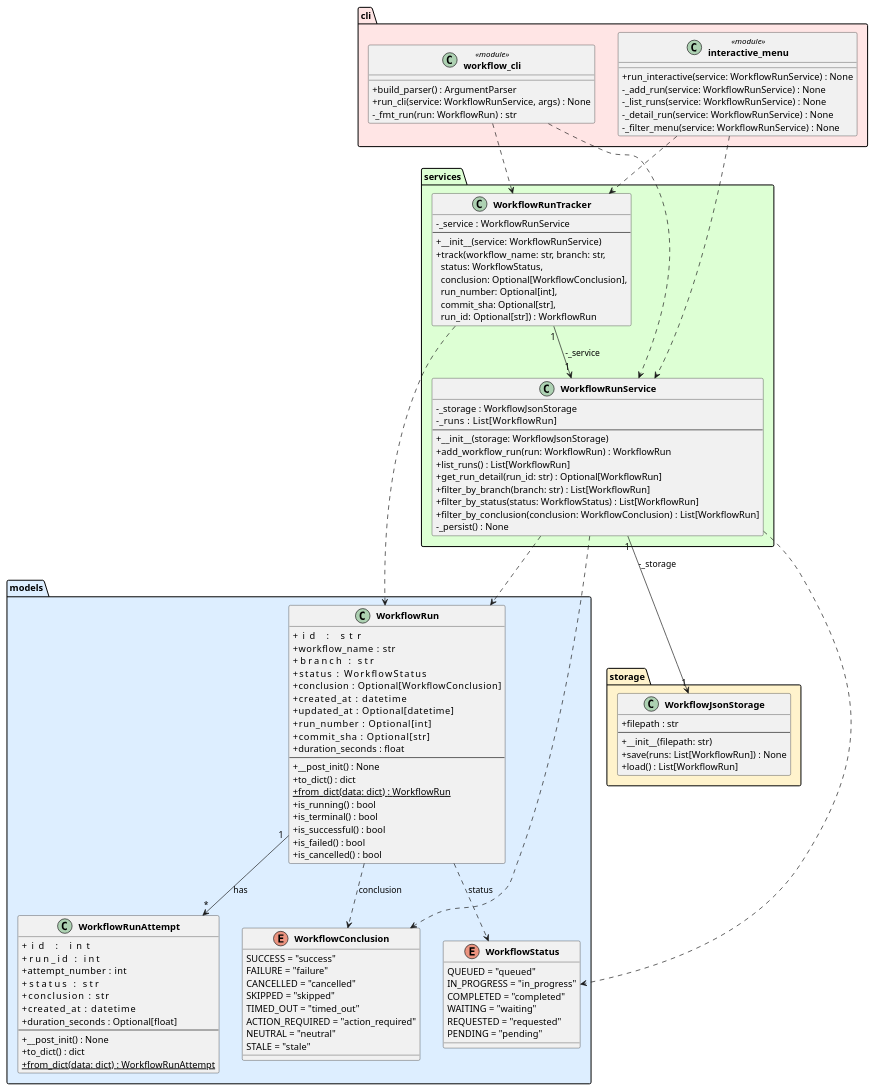
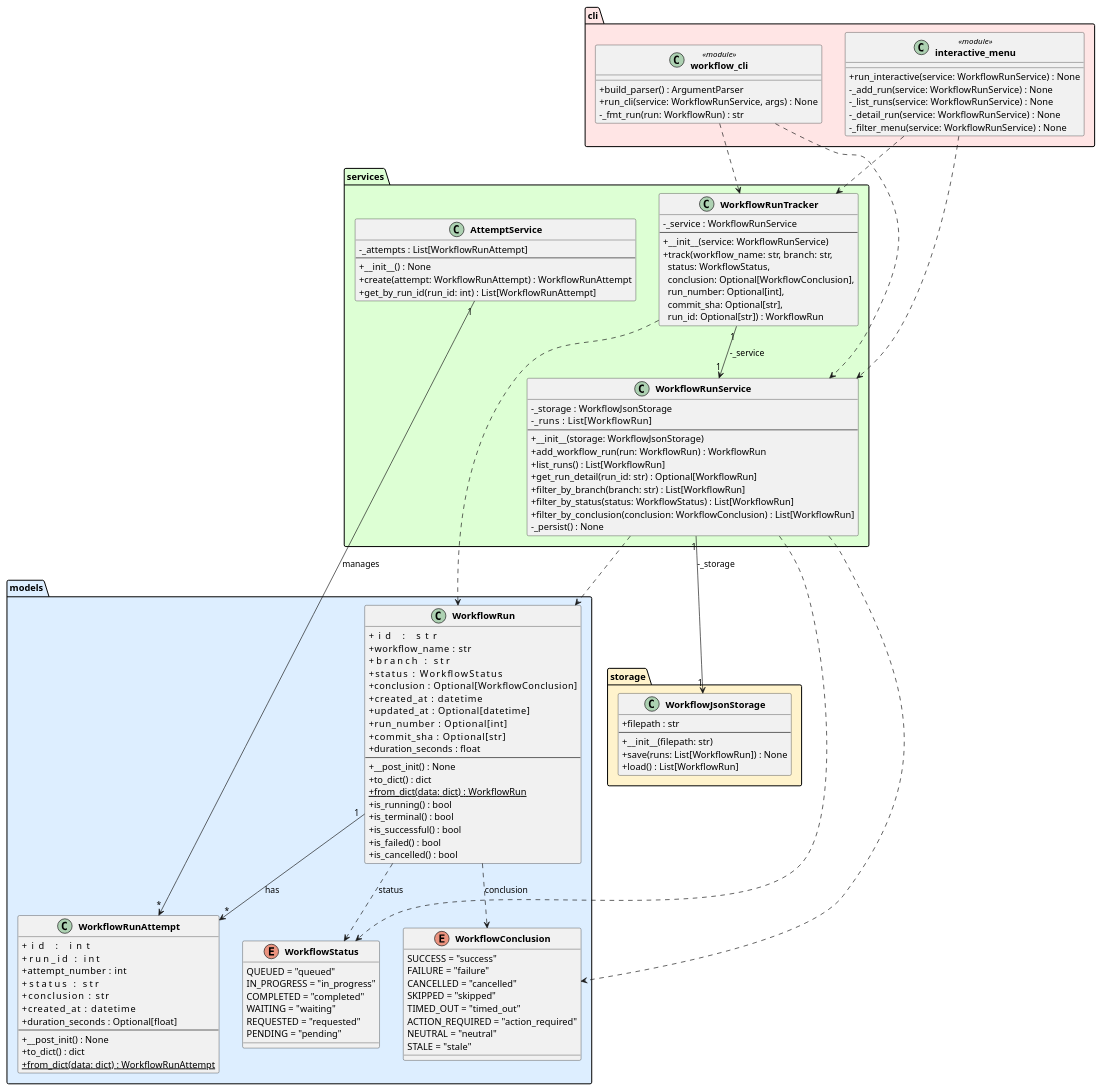
Before and after one commit to DanielRiha8906/Software_autoevolution_using_agents: the diagram in experiments/pipeline/test_driven/github-workflow-manager/artifacts/class_diagram.puml, drawn with PlantUML. The commit also changed 5 other files, not shown here.

```diff
--- a/experiments/pipeline/test_driven/github-workflow-manager/artifacts/class_diagram.puml
+++ b/experiments/pipeline/test_driven/github-workflow-manager/artifacts/class_diagram.puml
@@ -1,127 +1,136 @@
 @startuml class_diagram
 
 skinparam classAttributeIconSize 0
 skinparam classFontStyle bold
 
 package "models" #DDEEFF {
     enum WorkflowStatus {
         QUEUED = "queued"
         IN_PROGRESS = "in_progress"
         COMPLETED = "completed"
         WAITING = "waiting"
         REQUESTED = "requested"
         PENDING = "pending"
     }
 
     enum WorkflowConclusion {
         SUCCESS = "success"
         FAILURE = "failure"
         CANCELLED = "cancelled"
         SKIPPED = "skipped"
         TIMED_OUT = "timed_out"
         ACTION_REQUIRED = "action_required"
         NEUTRAL = "neutral"
         STALE = "stale"
     }
 
     class WorkflowRun {
         +id                : str
         +workflow_name     : str
         +branch            : str
         +status            : WorkflowStatus
         +conclusion        : Optional[WorkflowConclusion]
         +created_at        : datetime
         +updated_at        : Optional[datetime]
         +run_number        : Optional[int]
         +commit_sha        : Optional[str]
         +duration_seconds  : float
         --
         +__post_init() : None
         +to_dict() : dict
         +{static} from_dict(data: dict) : WorkflowRun
         +is_running() : bool
         +is_terminal() : bool
         +is_successful() : bool
         +is_failed() : bool
         +is_cancelled() : bool
     }
 
     class WorkflowRunAttempt {
         +id                : int
         +run_id            : int
         +attempt_number    : int
         +status            : str
         +conclusion        : str
         +created_at        : datetime
         +duration_seconds  : Optional[float]
         --
         +__post_init() : None
         +to_dict() : dict
         +{static} from_dict(data: dict) : WorkflowRunAttempt
     }
 }
 
 package "storage" #FFF3CC {
     class WorkflowJsonStorage {
         +filepath : str
         --
         +__init__(filepath: str)
         +save(runs: List[WorkflowRun]) : None
         +load() : List[WorkflowRun]
     }
 }
 
 package "services" #DDFFD4 {
     class WorkflowRunService {
         -_storage : WorkflowJsonStorage
         -_runs    : List[WorkflowRun]
         --
         +__init__(storage: WorkflowJsonStorage)
         +add_workflow_run(run: WorkflowRun) : WorkflowRun
         +list_runs() : List[WorkflowRun]
         +get_run_detail(run_id: str) : Optional[WorkflowRun]
         +filter_by_branch(branch: str) : List[WorkflowRun]
         +filter_by_status(status: WorkflowStatus) : List[WorkflowRun]
         +filter_by_conclusion(conclusion: WorkflowConclusion) : List[WorkflowRun]
         -_persist() : None
     }
 
     class WorkflowRunTracker {
         -_service : WorkflowRunService
         --
         +__init__(service: WorkflowRunService)
         +track(workflow_name: str, branch: str,\n  status: WorkflowStatus,\n  conclusion: Optional[WorkflowConclusion],\n  run_number: Optional[int],\n  commit_sha: Optional[str],\n  run_id: Optional[str]) : WorkflowRun
     }
+
+    class AttemptService {
+        -_attempts : List[WorkflowRunAttempt]
+        --
+        +__init__() : None
+        +create(attempt: WorkflowRunAttempt) : WorkflowRunAttempt
+        +get_by_run_id(run_id: int) : List[WorkflowRunAttempt]
+    }
 }
 
 package "cli" #FFE5E5 {
     class "workflow_cli" <<module>> {
         +build_parser() : ArgumentParser
         +run_cli(service: WorkflowRunService, args) : None
         -_fmt_run(run: WorkflowRun) : str
     }
 
     class "interactive_menu" <<module>> {
         +run_interactive(service: WorkflowRunService) : None
         -_add_run(service: WorkflowRunService) : None
         -_list_runs(service: WorkflowRunService) : None
         -_detail_run(service: WorkflowRunService) : None
         -_filter_menu(service: WorkflowRunService) : None
     }
 }
 
 WorkflowRun             "1" --> "*" WorkflowRunAttempt : has
 WorkflowRun                ..>  WorkflowStatus        : status
 WorkflowRun                ..>  WorkflowConclusion    : conclusion
 WorkflowRunService    "1" --> "1" WorkflowJsonStorage : -_storage
 WorkflowRunService         ..>  WorkflowRun
 WorkflowRunService         ..>  WorkflowStatus
 WorkflowRunService         ..>  WorkflowConclusion
 WorkflowRunTracker    "1" --> "1" WorkflowRunService  : -_service
 WorkflowRunTracker         ..>  WorkflowRun
+AttemptService       "1" --> "*" WorkflowRunAttempt : manages
 "workflow_cli"             ..>  WorkflowRunService
 "workflow_cli"             ..>  WorkflowRunTracker
 "interactive_menu"         ..>  WorkflowRunService
 "interactive_menu"         ..>  WorkflowRunTracker
 
 @enduml
```
